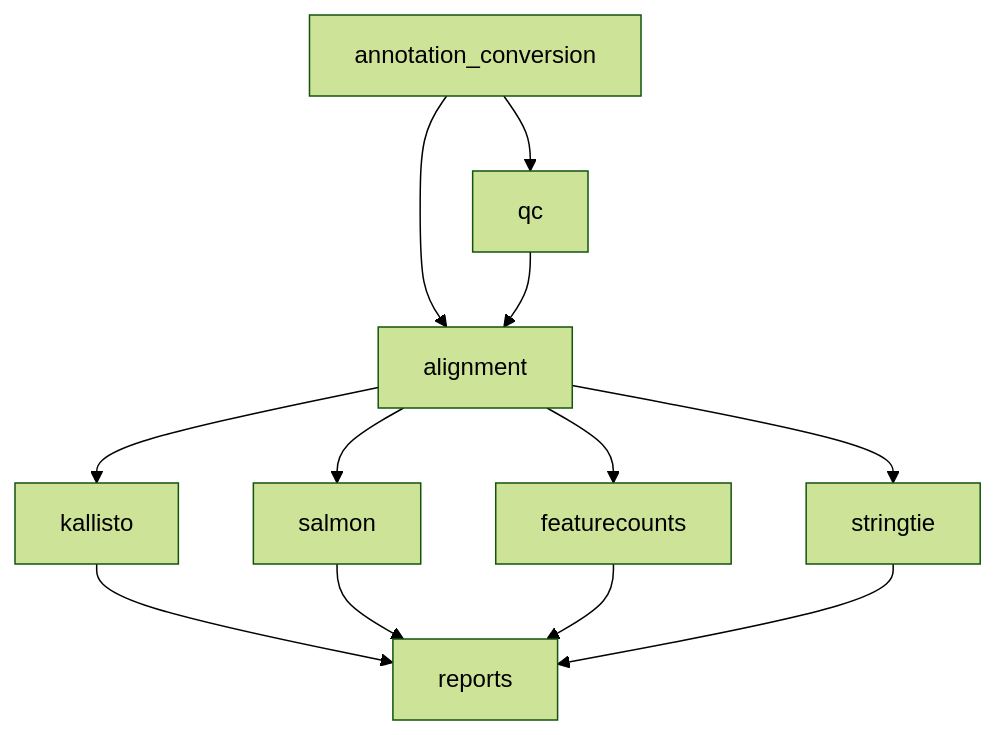
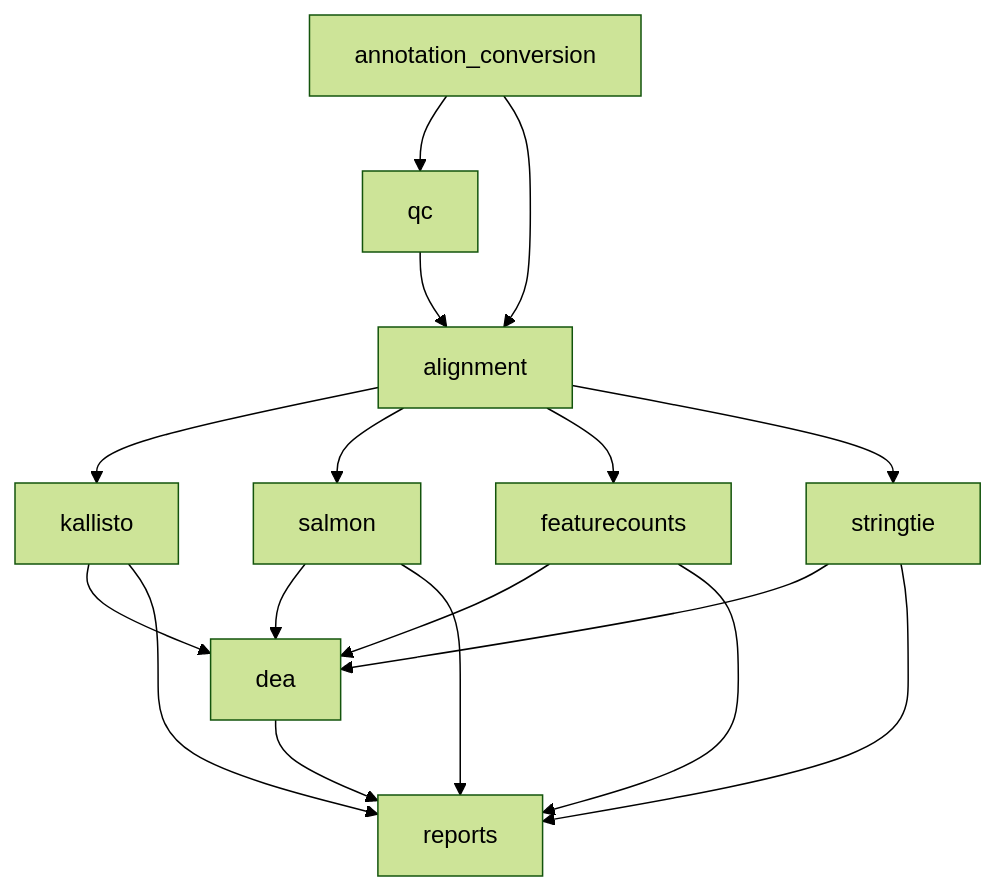
One commit to Yuanwei-source/OmniQuant-RNA changed the diagram in README.md. Above: the diagram before and after it, drawn with Mermaid (forest theme). The commit also changed other lines of this file and 7 other files, not shown here.

````diff
--- a/README.md
+++ b/README.md
@@ -375,14 +399,19 @@
 ```mermaid
 graph TD
     A[annotation_conversion] --> B[qc]
     A --> C[alignment]
     B --> C
     C --> D[kallisto]
     C --> E[salmon]
     C --> F[featurecounts]
     C --> G[stringtie]
-    D --> H[reports]
+    D --> I[dea]
+    E --> I
+    F --> I
+    G --> I
+    I --> H[reports]
+    D --> H
     E --> H
     F --> H
     G --> H
 ```
````
